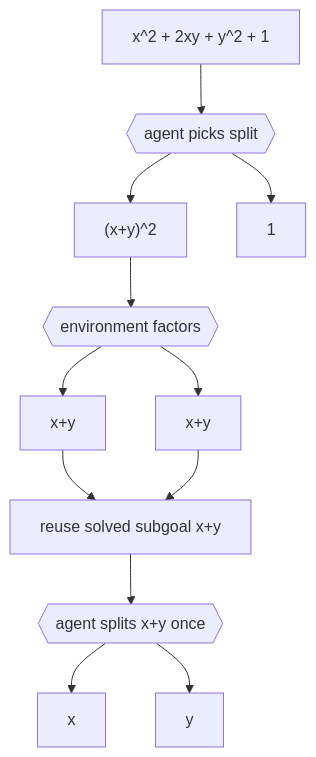
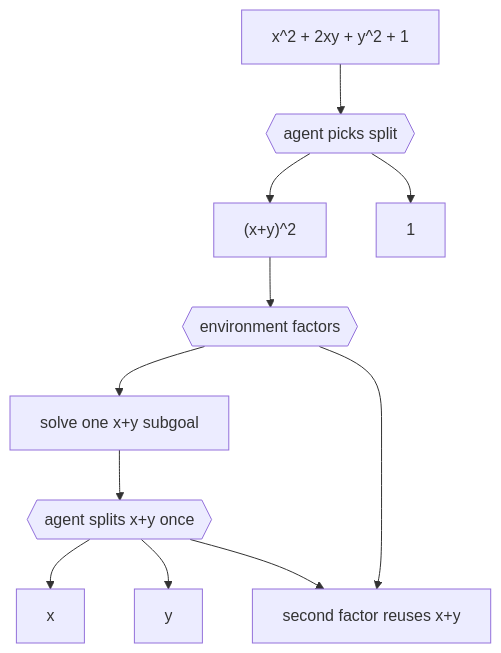
The second of 2 diagrams in README.md (uw-math-ai/PolyArithmeticCircuitsRL), drawn with Mermaid before and after one commit. The commit also changed other lines of this file, not shown here.

Commit message:
docs: refine split-point reuse wording
Agent-Logs-Url: https://github.com/uw-math-ai/PolyArithmeticCircuitsRL/sessions/dae14eb3-8823-47ff-b1c9-b864d5a88c33

````diff
--- a/README.md
+++ b/README.md
@@ -141,14 +141,13 @@
 ```mermaid
 flowchart TD
     f2["x^2 + 2xy + y^2 + 1"] --> s2{{agent picks split}}
     s2 --> sq["(x+y)^2"]
     s2 --> one["1"]
     sq --> ef2{{environment factors}}
-    ef2 --> sum1["x+y"]
-    ef2 --> sum2["x+y"]
-    sum1 --> reuse["reuse solved subgoal x+y"]
-    sum2 --> reuse
-    reuse --> s3{{agent splits x+y once}}
+    ef2 --> sum1["solve one x+y subgoal"]
+    ef2 --> sum2["second factor reuses x+y"]
+    sum1 --> s3{{agent splits x+y once}}
     s3 --> x["x"]
     s3 --> y["y"]
+    s3 --> sum2
 ```
````
